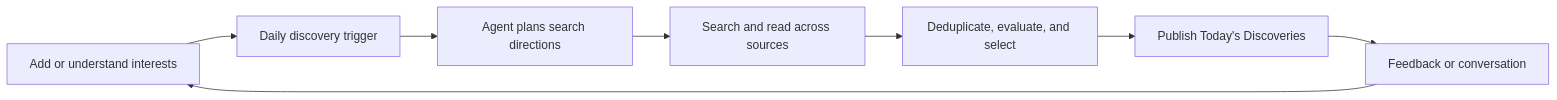
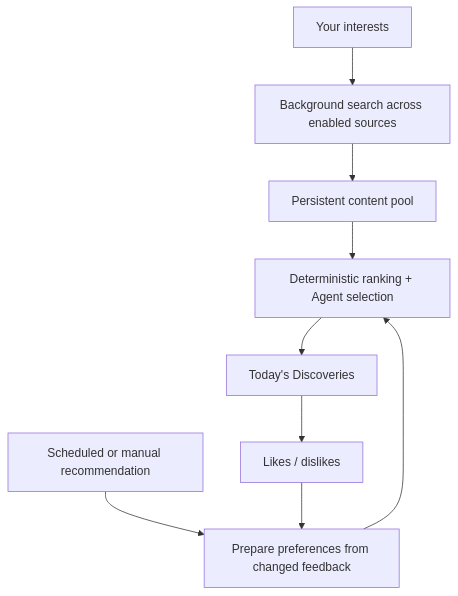
The diagram in README.md (anwen0724/megumi), drawn with Mermaid before and after one commit. The commit also changed other lines of this file and 1 other file, not shown here.

````diff
--- a/README.md
+++ b/README.md
@@ -42,10 +40,11 @@
 ```mermaid
-flowchart LR
-    A["Add or understand interests"] --> B["Daily discovery trigger"]
-    B --> C["Agent plans search directions"]
-    C --> D["Search and read across sources"]
-    D --> E["Deduplicate, evaluate, and select"]
-    E --> F["Publish Today's Discoveries"]
-    F --> G["Feedback or conversation"]
-    G --> A
+flowchart TD
+    I["Your interests"] --> S["Background search across enabled sources"]
+    S --> P["Persistent content pool"]
+    T["Scheduled or manual recommendation"] --> L["Prepare preferences from changed feedback"]
+    F["Likes / dislikes"] --> L
+    L --> R["Deterministic ranking + Agent selection"]
+    P --> R
+    R --> D["Today's Discoveries"]
+    D --> F
 ```
````
